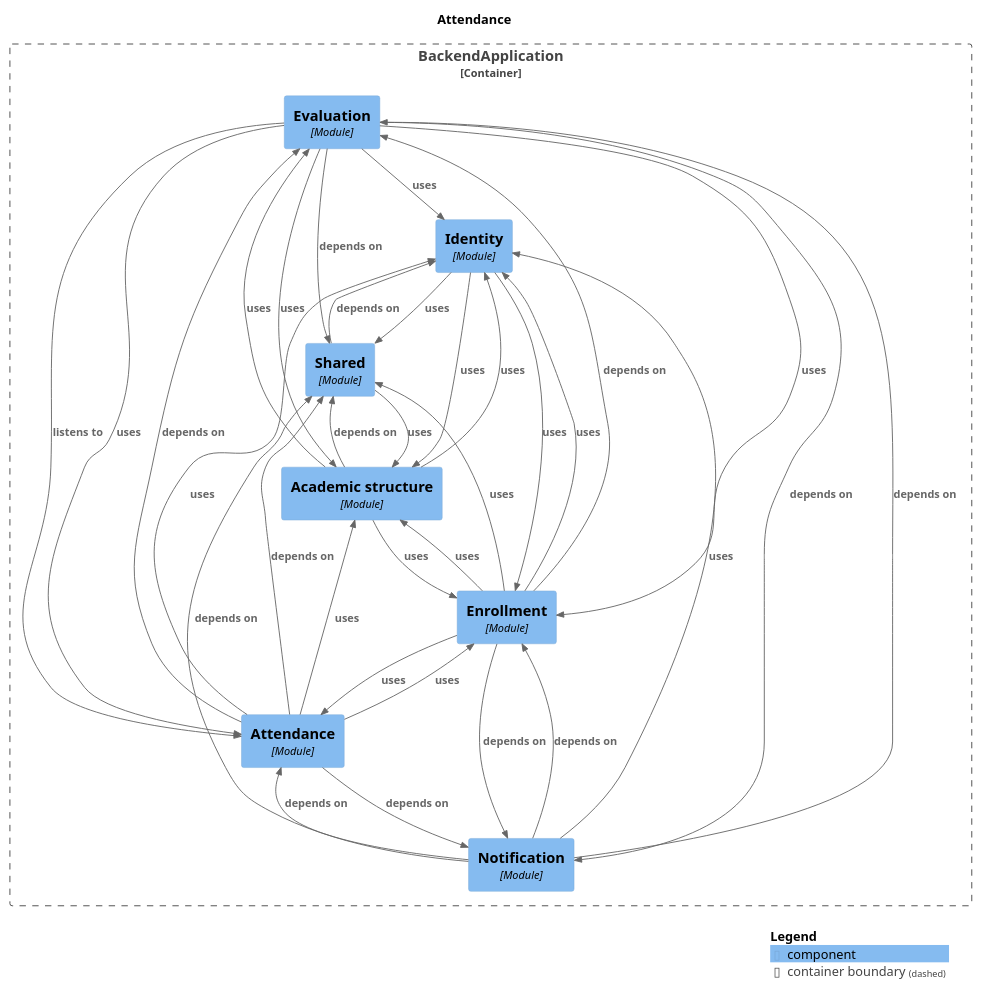
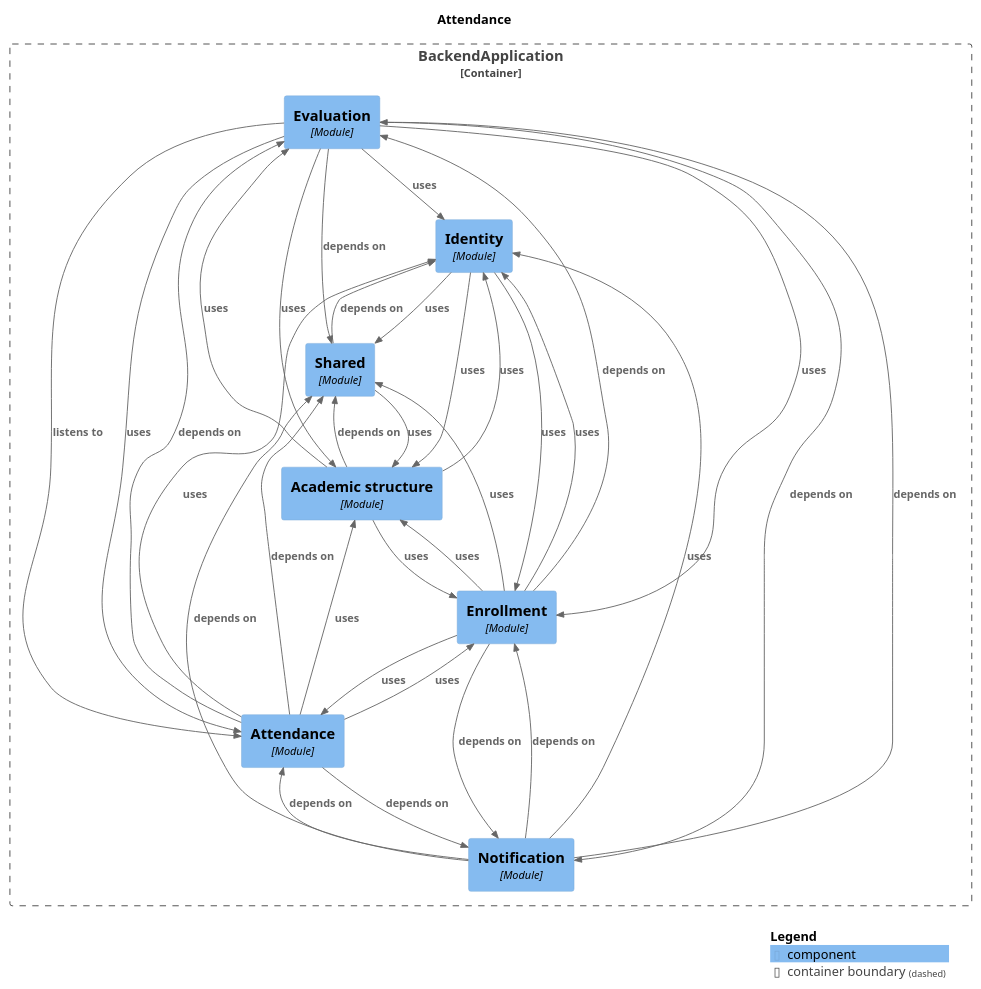
One commit to Gabriel030/agustina-bermejo-app changed the diagram in docs/architecture/module-attendance.puml. Above: the diagram before and after it, drawn with PlantUML. The commit also changed other lines of this file and 12 other files, not shown here.

```diff
--- a/docs/architecture/module-attendance.puml
+++ b/docs/architecture/module-attendance.puml
@@ -1,56 +1,56 @@
 @startuml
 set separator none
 title Attendance
 
 top to bottom direction
 
 !include <C4/C4>
 !include <C4/C4_Context>
 !include <C4/C4_Component>
 
 Container_Boundary("BackendApplication.BackendApplication_boundary", "BackendApplication", $tags="") {
   Component(BackendApplication.BackendApplication.Evaluation, "Evaluation", $techn="Module", $descr="", $tags="", $link="")
   Component(BackendApplication.BackendApplication.Identity, "Identity", $techn="Module", $descr="", $tags="", $link="")
   Component(BackendApplication.BackendApplication.Notification, "Notification", $techn="Module", $descr="", $tags="", $link="")
   Component(BackendApplication.BackendApplication.Shared, "Shared", $techn="Module", $descr="", $tags="", $link="")
   Component(BackendApplication.BackendApplication.Academicstructure, "Academic structure", $techn="Module", $descr="", $tags="", $link="")
   Component(BackendApplication.BackendApplication.Attendance, "Attendance", $techn="Module", $descr="", $tags="", $link="")
   Component(BackendApplication.BackendApplication.Enrollment, "Enrollment", $techn="Module", $descr="", $tags="", $link="")
 }
 
+Rel(BackendApplication.BackendApplication.Enrollment, BackendApplication.BackendApplication.Academicstructure, "uses", $techn="", $tags="", $link="")
+Rel(BackendApplication.BackendApplication.Enrollment, BackendApplication.BackendApplication.Attendance, "uses", $techn="", $tags="", $link="")
+Rel(BackendApplication.BackendApplication.Enrollment, BackendApplication.BackendApplication.Shared, "uses", $techn="", $tags="", $link="")
+Rel(BackendApplication.BackendApplication.Academicstructure, BackendApplication.BackendApplication.Shared, "depends on", $techn="", $tags="", $link="")
+Rel(BackendApplication.BackendApplication.Academicstructure, BackendApplication.BackendApplication.Enrollment, "uses", $techn="", $tags="", $link="")
+Rel(BackendApplication.BackendApplication.Academicstructure, BackendApplication.BackendApplication.Identity, "uses", $techn="", $tags="", $link="")
+Rel(BackendApplication.BackendApplication.Academicstructure, BackendApplication.BackendApplication.Evaluation, "uses", $techn="", $tags="", $link="")
+Rel(BackendApplication.BackendApplication.Shared, BackendApplication.BackendApplication.Identity, "depends on", $techn="", $tags="", $link="")
+Rel(BackendApplication.BackendApplication.Shared, BackendApplication.BackendApplication.Academicstructure, "uses", $techn="", $tags="", $link="")
 Rel(BackendApplication.BackendApplication.Identity, BackendApplication.BackendApplication.Shared, "uses", $techn="", $tags="", $link="")
 Rel(BackendApplication.BackendApplication.Identity, BackendApplication.BackendApplication.Enrollment, "uses", $techn="", $tags="", $link="")
 Rel(BackendApplication.BackendApplication.Identity, BackendApplication.BackendApplication.Academicstructure, "uses", $techn="", $tags="", $link="")
-Rel(BackendApplication.BackendApplication.Shared, BackendApplication.BackendApplication.Identity, "depends on", $techn="", $tags="", $link="")
-Rel(BackendApplication.BackendApplication.Shared, BackendApplication.BackendApplication.Academicstructure, "uses", $techn="", $tags="", $link="")
+Rel(BackendApplication.BackendApplication.Attendance, BackendApplication.BackendApplication.Shared, "depends on", $techn="", $tags="", $link="")
+Rel(BackendApplication.BackendApplication.Attendance, BackendApplication.BackendApplication.Evaluation, "depends on", $techn="", $tags="", $link="")
+Rel(BackendApplication.BackendApplication.Attendance, BackendApplication.BackendApplication.Notification, "depends on", $techn="", $tags="", $link="")
+Rel(BackendApplication.BackendApplication.Attendance, BackendApplication.BackendApplication.Academicstructure, "uses", $techn="", $tags="", $link="")
+Rel(BackendApplication.BackendApplication.Attendance, BackendApplication.BackendApplication.Enrollment, "uses", $techn="", $tags="", $link="")
+Rel(BackendApplication.BackendApplication.Attendance, BackendApplication.BackendApplication.Identity, "uses", $techn="", $tags="", $link="")
 Rel(BackendApplication.BackendApplication.Evaluation, BackendApplication.BackendApplication.Attendance, "listens to", $techn="", $tags="", $link="")
 Rel(BackendApplication.BackendApplication.Evaluation, BackendApplication.BackendApplication.Shared, "depends on", $techn="", $tags="", $link="")
 Rel(BackendApplication.BackendApplication.Evaluation, BackendApplication.BackendApplication.Notification, "depends on", $techn="", $tags="", $link="")
 Rel(BackendApplication.BackendApplication.Evaluation, BackendApplication.BackendApplication.Academicstructure, "uses", $techn="", $tags="", $link="")
 Rel(BackendApplication.BackendApplication.Evaluation, BackendApplication.BackendApplication.Identity, "uses", $techn="", $tags="", $link="")
 Rel(BackendApplication.BackendApplication.Evaluation, BackendApplication.BackendApplication.Enrollment, "uses", $techn="", $tags="", $link="")
 Rel(BackendApplication.BackendApplication.Evaluation, BackendApplication.BackendApplication.Attendance, "uses", $techn="", $tags="", $link="")
-Rel(BackendApplication.BackendApplication.Enrollment, BackendApplication.BackendApplication.Evaluation, "depends on", $techn="", $tags="", $link="")
-Rel(BackendApplication.BackendApplication.Enrollment, BackendApplication.BackendApplication.Notification, "depends on", $techn="", $tags="", $link="")
-Rel(BackendApplication.BackendApplication.Enrollment, BackendApplication.BackendApplication.Identity, "uses", $techn="", $tags="", $link="")
-Rel(BackendApplication.BackendApplication.Enrollment, BackendApplication.BackendApplication.Academicstructure, "uses", $techn="", $tags="", $link="")
-Rel(BackendApplication.BackendApplication.Enrollment, BackendApplication.BackendApplication.Attendance, "uses", $techn="", $tags="", $link="")
-Rel(BackendApplication.BackendApplication.Enrollment, BackendApplication.BackendApplication.Shared, "uses", $techn="", $tags="", $link="")
 Rel(BackendApplication.BackendApplication.Notification, BackendApplication.BackendApplication.Attendance, "depends on", $techn="", $tags="", $link="")
 Rel(BackendApplication.BackendApplication.Notification, BackendApplication.BackendApplication.Enrollment, "depends on", $techn="", $tags="", $link="")
 Rel(BackendApplication.BackendApplication.Notification, BackendApplication.BackendApplication.Evaluation, "depends on", $techn="", $tags="", $link="")
 Rel(BackendApplication.BackendApplication.Notification, BackendApplication.BackendApplication.Shared, "depends on", $techn="", $tags="", $link="")
 Rel(BackendApplication.BackendApplication.Notification, BackendApplication.BackendApplication.Identity, "uses", $techn="", $tags="", $link="")
-Rel(BackendApplication.BackendApplication.Attendance, BackendApplication.BackendApplication.Shared, "depends on", $techn="", $tags="", $link="")
-Rel(BackendApplication.BackendApplication.Attendance, BackendApplication.BackendApplication.Evaluation, "depends on", $techn="", $tags="", $link="")
-Rel(BackendApplication.BackendApplication.Attendance, BackendApplication.BackendApplication.Notification, "depends on", $techn="", $tags="", $link="")
-Rel(BackendApplication.BackendApplication.Attendance, BackendApplication.BackendApplication.Academicstructure, "uses", $techn="", $tags="", $link="")
-Rel(BackendApplication.BackendApplication.Attendance, BackendApplication.BackendApplication.Enrollment, "uses", $techn="", $tags="", $link="")
-Rel(BackendApplication.BackendApplication.Attendance, BackendApplication.BackendApplication.Identity, "uses", $techn="", $tags="", $link="")
-Rel(BackendApplication.BackendApplication.Academicstructure, BackendApplication.BackendApplication.Shared, "depends on", $techn="", $tags="", $link="")
-Rel(BackendApplication.BackendApplication.Academicstructure, BackendApplication.BackendApplication.Enrollment, "uses", $techn="", $tags="", $link="")
-Rel(BackendApplication.BackendApplication.Academicstructure, BackendApplication.BackendApplication.Identity, "uses", $techn="", $tags="", $link="")
-Rel(BackendApplication.BackendApplication.Academicstructure, BackendApplication.BackendApplication.Evaluation, "uses", $techn="", $tags="", $link="")
+Rel(BackendApplication.BackendApplication.Enrollment, BackendApplication.BackendApplication.Evaluation, "depends on", $techn="", $tags="", $link="")
+Rel(BackendApplication.BackendApplication.Enrollment, BackendApplication.BackendApplication.Notification, "depends on", $techn="", $tags="", $link="")
+Rel(BackendApplication.BackendApplication.Enrollment, BackendApplication.BackendApplication.Identity, "uses", $techn="", $tags="", $link="")
 
 SHOW_LEGEND(true)
 @enduml
```
